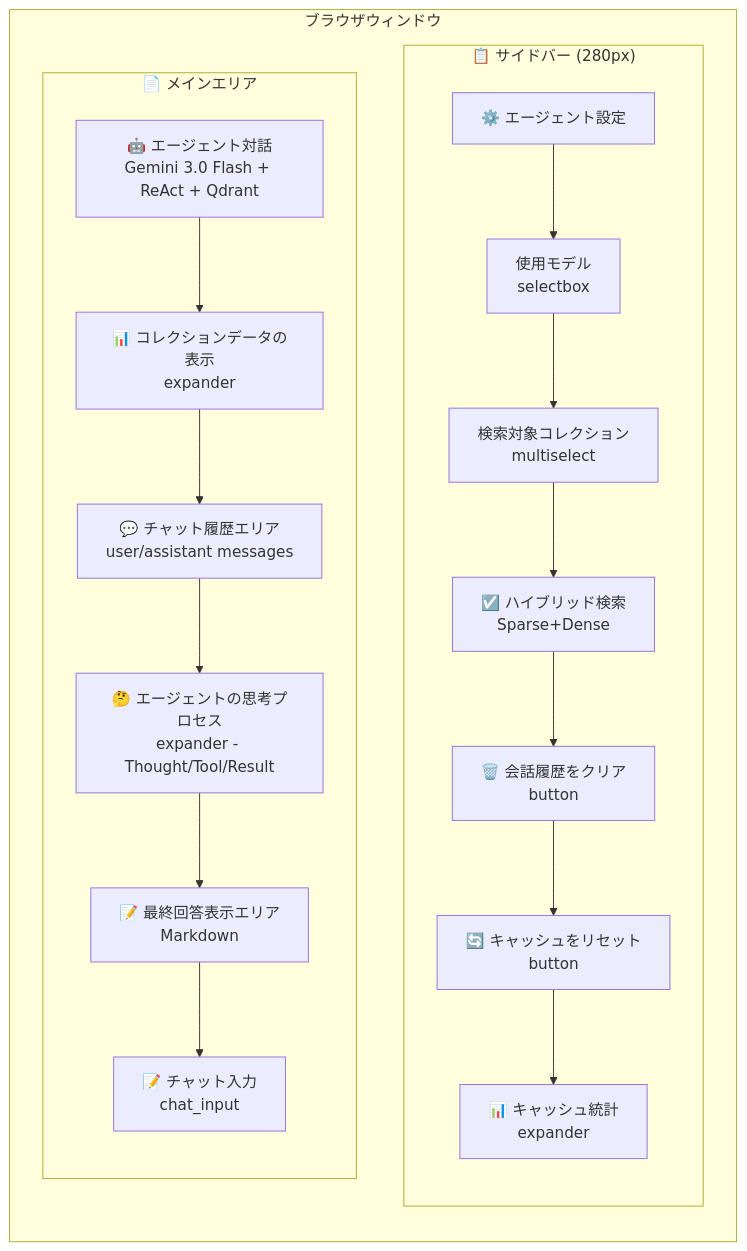
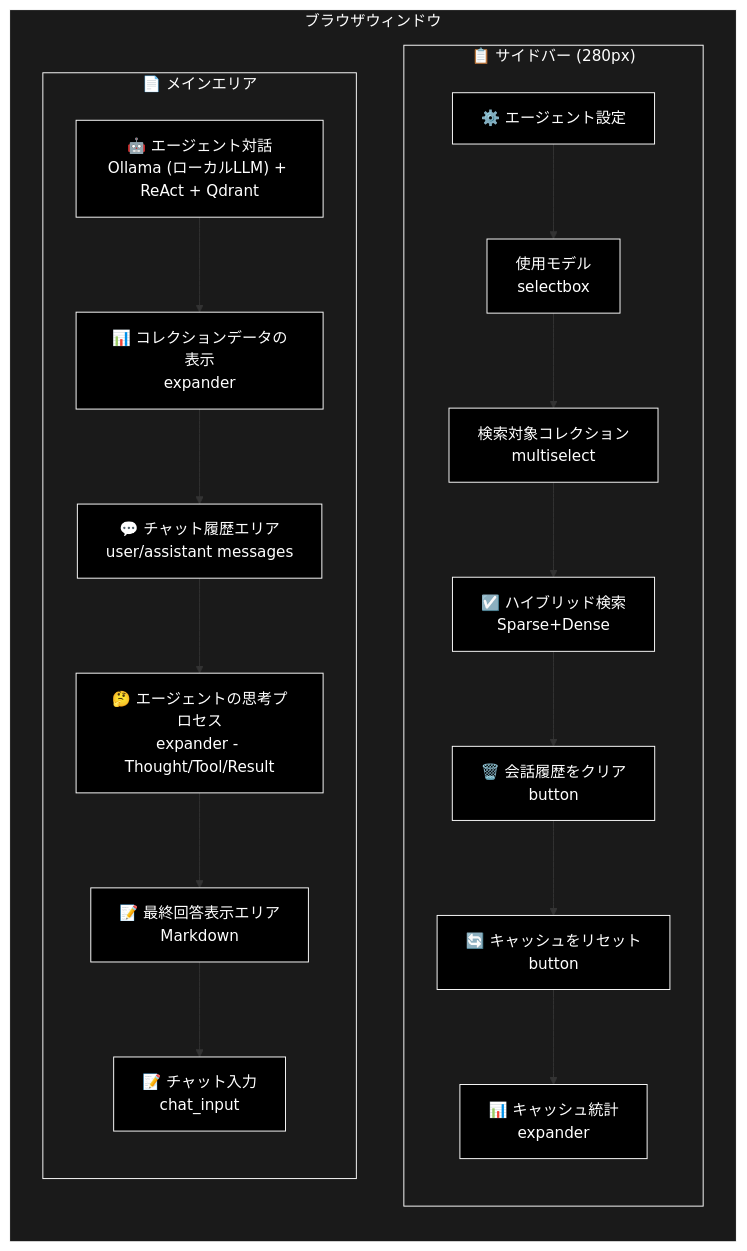
Before and after one commit to nakashima2toshio/ollama_grace_agent_v2: the first of 7 diagrams in ui/doc/agent_chat_page.md, drawn with Mermaid. The commit also changed other lines of this file and 10 other files, not shown here.

````diff
--- a/ui/doc/agent_chat_page.md
+++ b/ui/doc/agent_chat_page.md
@@ -54,28 +54,34 @@
 ```mermaid
 flowchart LR
     subgraph BROWSER["ブラウザウィンドウ"]
         direction TB
         subgraph SIDEBAR["📋 サイドバー (280px)"]
             direction TB
             S1["⚙️ エージェント設定"]
             S2["使用モデル<br/>selectbox"]
             S3["検索対象コレクション<br/>multiselect"]
             S4["☑️ ハイブリッド検索<br/>Sparse+Dense"]
             S5["🗑️ 会話履歴をクリア<br/>button"]
             S6["🔄 キャッシュをリセット<br/>button"]
             S7["📊 キャッシュ統計<br/>expander"]
             S1 --> S2 --> S3 --> S4 --> S5 --> S6 --> S7
         end
 
         subgraph MAIN["📄 メインエリア"]
             direction TB
-            M1["🤖 エージェント対話<br/>Gemini 3.0 Flash + ReAct + Qdrant"]
+            M1["🤖 エージェント対話<br/>Ollama (ローカルLLM) + ReAct + Qdrant"]
             M2["📊 コレクションデータの表示<br/>expander"]
             M3["💬 チャット履歴エリア<br/>user/assistant messages"]
             M4["🤔 エージェントの思考プロセス<br/>expander - Thought/Tool/Result"]
             M5["📝 最終回答表示エリア<br/>Markdown"]
             M6["📝 チャット入力<br/>chat_input"]
             M1 --> M2 --> M3 --> M4 --> M5 --> M6
         end
     end
+classDef default fill:#000,stroke:#fff,color:#fff
+classDef subgraphStyle fill:#1a1a1a,stroke:#fff,color:#fff
+class S1,S2,S3,S4,S5,S6,S7,M1,M2,M3,M4,M5,M6 default
+style BROWSER fill:#1a1a1a,stroke:#fff,color:#fff
+style SIDEBAR fill:#1a1a1a,stroke:#fff,color:#fff
+style MAIN fill:#1a1a1a,stroke:#fff,color:#fff
 ```
````
